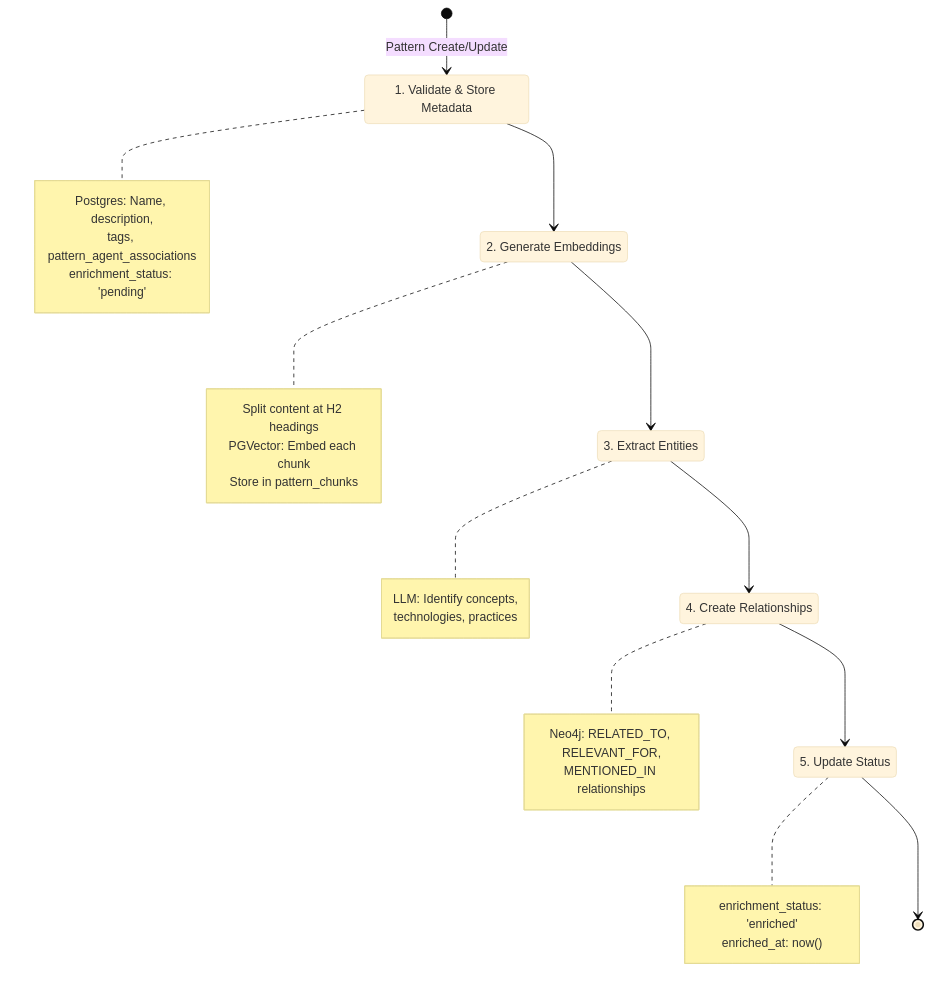
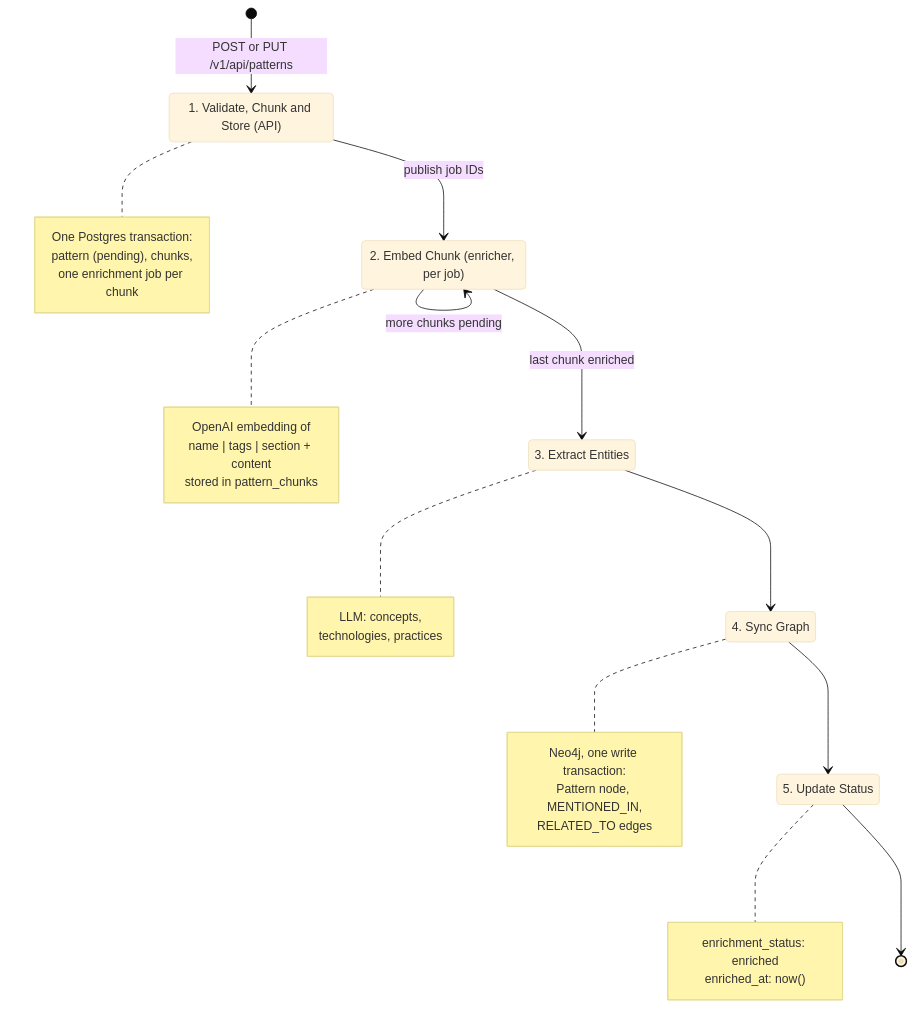
Before and after one commit to twistingmercury/mnemonic-docs: the second of 5 diagrams in docs/design/pattern-processing.md, drawn with Mermaid (base theme). The commit also changed other lines of this file and 41 other files, not shown here.

````diff
--- a/docs/design/pattern-processing.md
+++ b/docs/design/pattern-processing.md
@@ -120,46 +150,48 @@
 ```mermaid
 stateDiagram-v2
-    [*] --> ValidateAndStore: Pattern Create/Update
+    [*] --> ValidateAndStore: POST or PUT /v1/api/patterns
 
-    state "1. Validate & Store Metadata" as ValidateAndStore
+    state "1. Validate, Chunk and Store (API)" as ValidateAndStore
     note right of ValidateAndStore
-        Postgres: Name, description,
-        tags, pattern_agent_associations
-        enrichment_status: 'pending'
+        One Postgres transaction:
+        pattern (pending), chunks,
+        one enrichment job per chunk
     end note
 
-    ValidateAndStore --> GenerateEmbedding
+    ValidateAndStore --> GenerateEmbedding: publish job IDs
 
-    state "2. Generate Embeddings" as GenerateEmbedding
+    state "2. Embed Chunk (enricher, per job)" as GenerateEmbedding
     note right of GenerateEmbedding
-        Split content at H2 headings
-        PGVector: Embed each chunk
-        Store in pattern_chunks
+        OpenAI embedding of
+        name | tags | section + content
+        stored in pattern_chunks
     end note
 
-    GenerateEmbedding --> ExtractEntities
+    GenerateEmbedding --> GenerateEmbedding: more chunks pending
+    GenerateEmbedding --> ExtractEntities: last chunk enriched
 
     state "3. Extract Entities" as ExtractEntities
     note right of ExtractEntities
-        LLM: Identify concepts,
+        LLM: concepts,
         technologies, practices
     end note
 
     ExtractEntities --> CreateRelationships
 
-    state "4. Create Relationships" as CreateRelationships
+    state "4. Sync Graph" as CreateRelationships
     note right of CreateRelationships
-        Neo4j: RELATED_TO, RELEVANT_FOR,
-        MENTIONED_IN relationships
+        Neo4j, one write transaction:
+        Pattern node, MENTIONED_IN,
+        RELATED_TO edges
     end note
 
     CreateRelationships --> UpdateStatus
 
     state "5. Update Status" as UpdateStatus
     note right of UpdateStatus
-        enrichment_status: 'enriched'
+        enrichment_status: enriched
         enriched_at: now()
     end note
 
     UpdateStatus --> [*]
 ```
````
